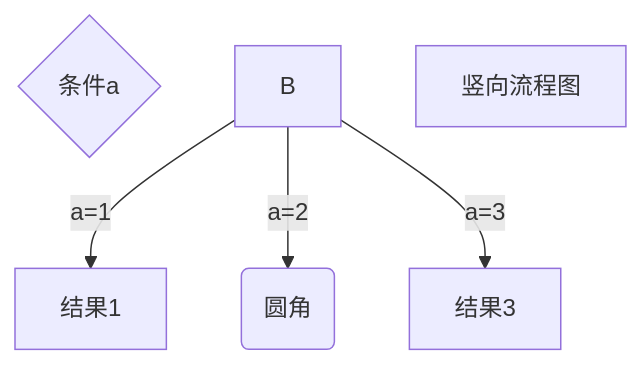
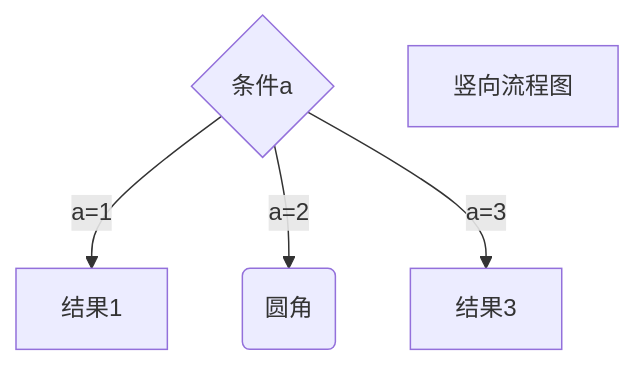
One commit to YiPianYe/tw changed the diagram in pages/contact.md. Above: the diagram before and after it, drawn with Mermaid.

````diff
--- a/pages/contact.md
+++ b/pages/contact.md
@@ -8,8 +8,8 @@
 ```mermaid
 graph TD
 A{条件a}
-    B --> |a=1| D[结果1]
-    B --> |a=2| E(圆角)
-    B --> |a=3| F[结果3]
-    C[竖向流程图]
+    A--> |a=1| C[结果1]
+    A--> |a=2| D(圆角)
+    A--> |a=3| E[结果3]
+    B[竖向流程图]
 ```
````
